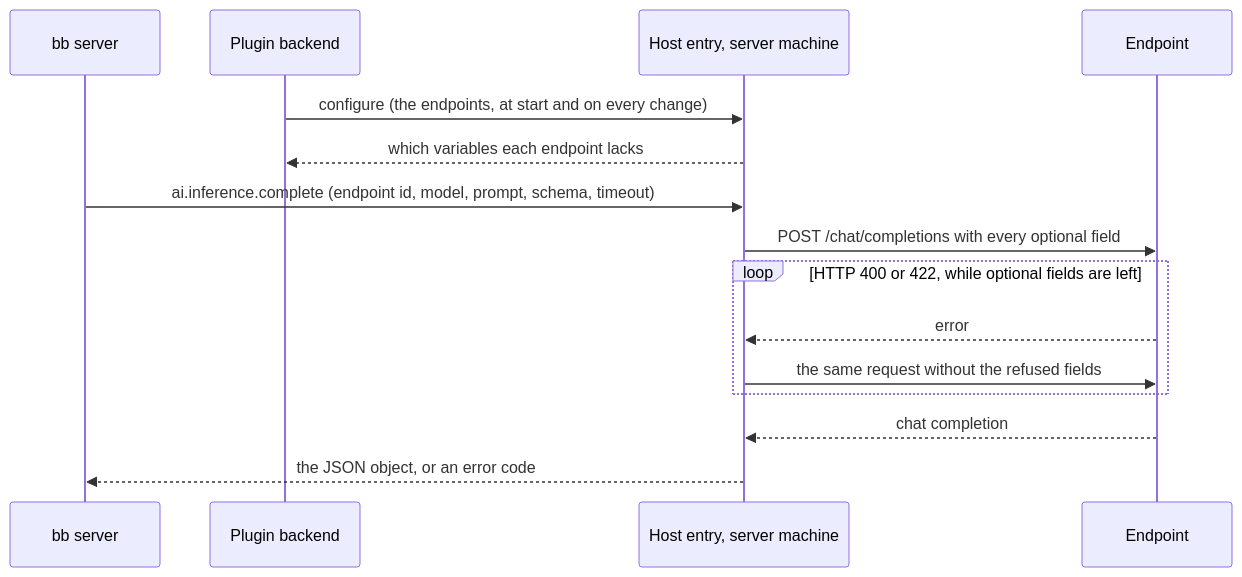
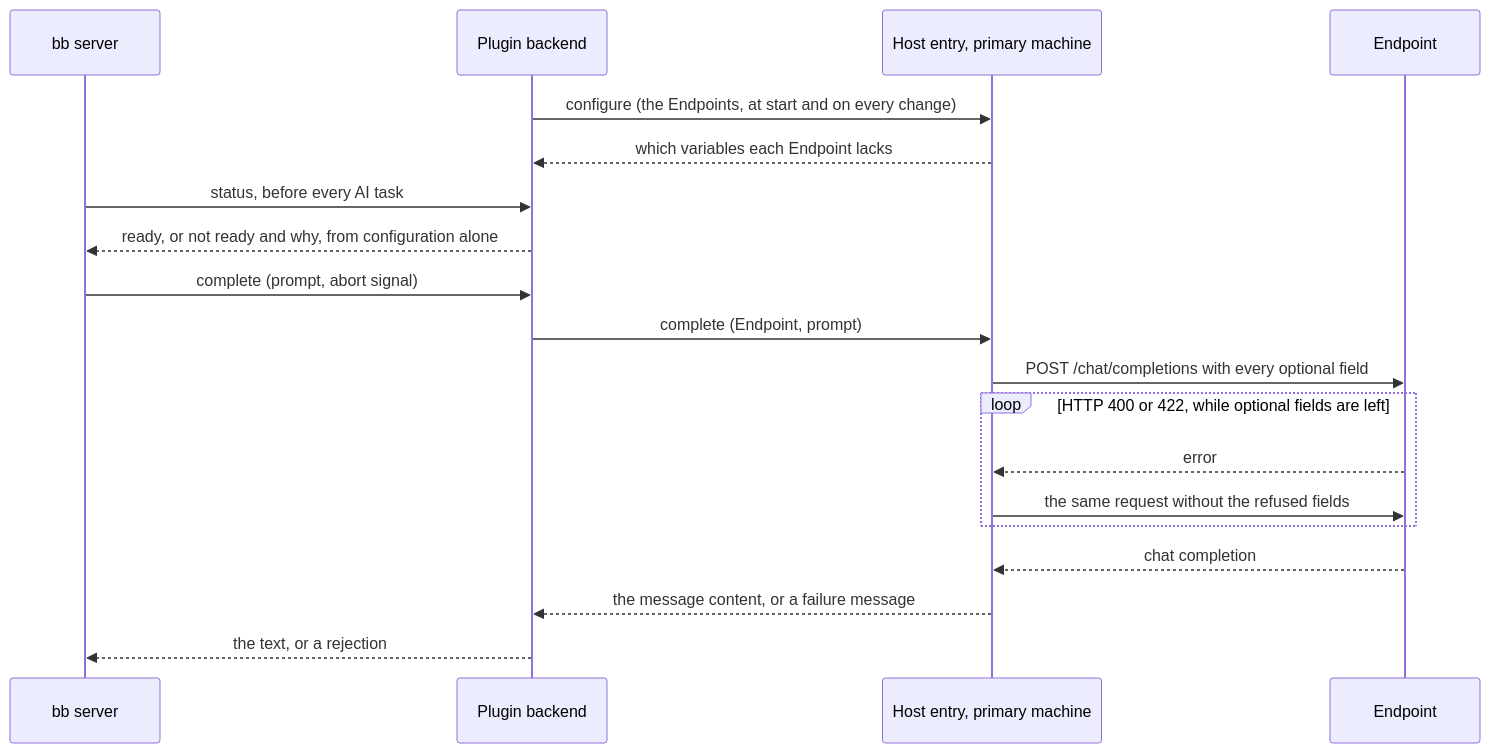
One commit to gperezmz/bb-plugins changed the diagram in docs/explanation/openai-inference-requests.md. Above: the diagram before and after it, drawn with Mermaid. The commit also changed other lines of this file and 28 other files, not shown here.

First line of the commit message:
feat(openai-inference)!: register Endpoints as bb 0.44 AI services (#39)

````diff
--- a/docs/explanation/openai-inference-requests.md
+++ b/docs/explanation/openai-inference-requests.md
@@ -5,17 +7,21 @@
 ```mermaid
 sequenceDiagram
   participant core as bb server
   participant backend as Plugin backend
-  participant host as Host entry, server machine
+  participant host as Host entry, primary machine
   participant api as Endpoint
-  backend->>host: configure (the endpoints, at start and on every change)
-  host-->>backend: which variables each endpoint lacks
-  core->>host: ai.inference.complete (endpoint id, model, prompt, schema, timeout)
+  backend->>host: configure (the Endpoints, at start and on every change)
+  host-->>backend: which variables each Endpoint lacks
+  core->>backend: status, before every AI task
+  backend-->>core: ready, or not ready and why, from configuration alone
+  core->>backend: complete (prompt, abort signal)
+  backend->>host: complete (Endpoint, prompt)
   host->>api: POST /chat/completions with every optional field
   loop HTTP 400 or 422, while optional fields are left
     api-->>host: error
     host->>api: the same request without the refused fields
   end
   api-->>host: chat completion
-  host-->>core: the JSON object, or an error code
+  host-->>backend: the message content, or a failure message
+  backend-->>core: the text, or a rejection
 ```
````
